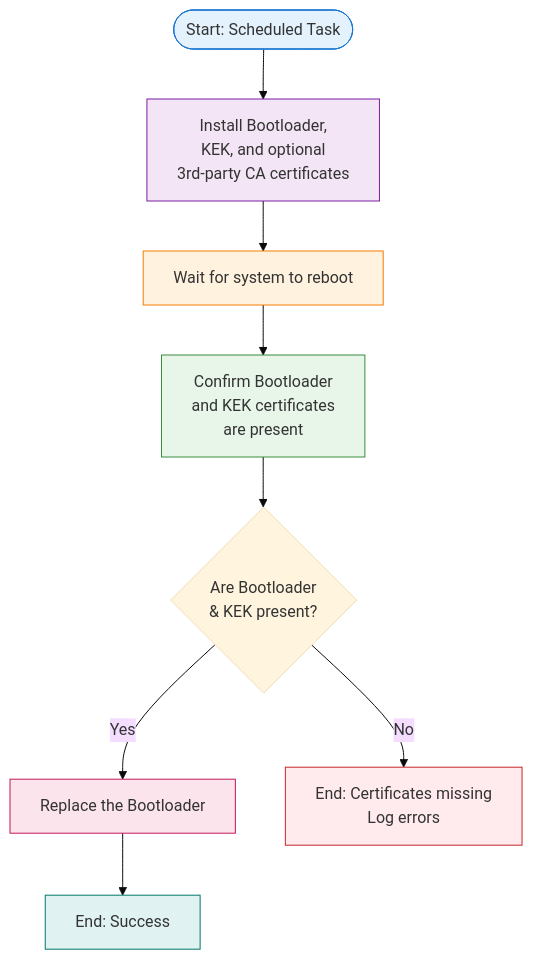
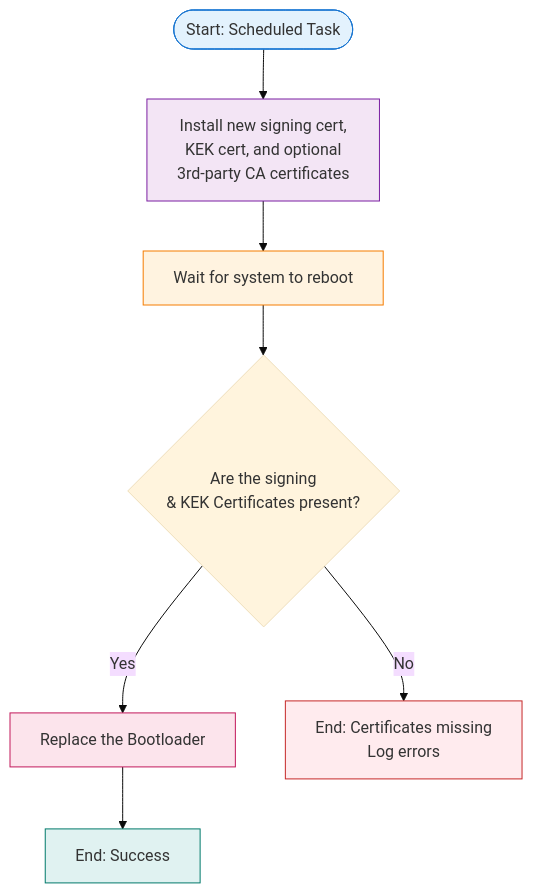
The first of 2 diagrams in SecurebootChanges/readme.md (ElizabethGreene/DevProjects), drawn with Mermaid (base theme) before and after one commit.

Commit message:
Update readme.md
Clarifying the scheduled task mermaid diagram

````diff
--- a/SecurebootChanges/readme.md
+++ b/SecurebootChanges/readme.md
@@ -37,24 +37,21 @@
 ```mermaid
 flowchart TD
     Start([Start: Scheduled Task]) 
-    --> Install[Install Bootloader,<br>KEK, and optional<br>3rd-party CA certificates]
+    --> Install[Install new signing cert,<br>KEK cert, and optional<br>3rd-party CA certificates]
     
     Install --> Reboot[Wait for system to reboot]
     
-    Reboot --> Confirm[Confirm Bootloader<br>and KEK certificates<br>are present]
-    
-    Confirm --> Check{Are Bootloader<br>& KEK present?}
+    Reboot --> Check{Are the signing <br>& KEK Certificates present?}
     
     Check -->|Yes| Replace[Replace the Bootloader]
     Check -->|No| EndNo[End: Certificates missing<br>Log errors]
     
     Replace --> EndYes[End: Success]
     
     style Start fill:#e3f2fd,stroke:#1976d2
     style Install fill:#f3e5f5,stroke:#7b1fa2
     style Reboot fill:#fff3e0,stroke:#f57c00
-    style Confirm fill:#e8f5e9,stroke:#388e3c
     style Replace fill:#fce4ec,stroke:#c2185b
     style EndYes fill:#e0f2f1,stroke:#00796b
     style EndNo fill:#ffebee,stroke:#c62828
 ```
````
